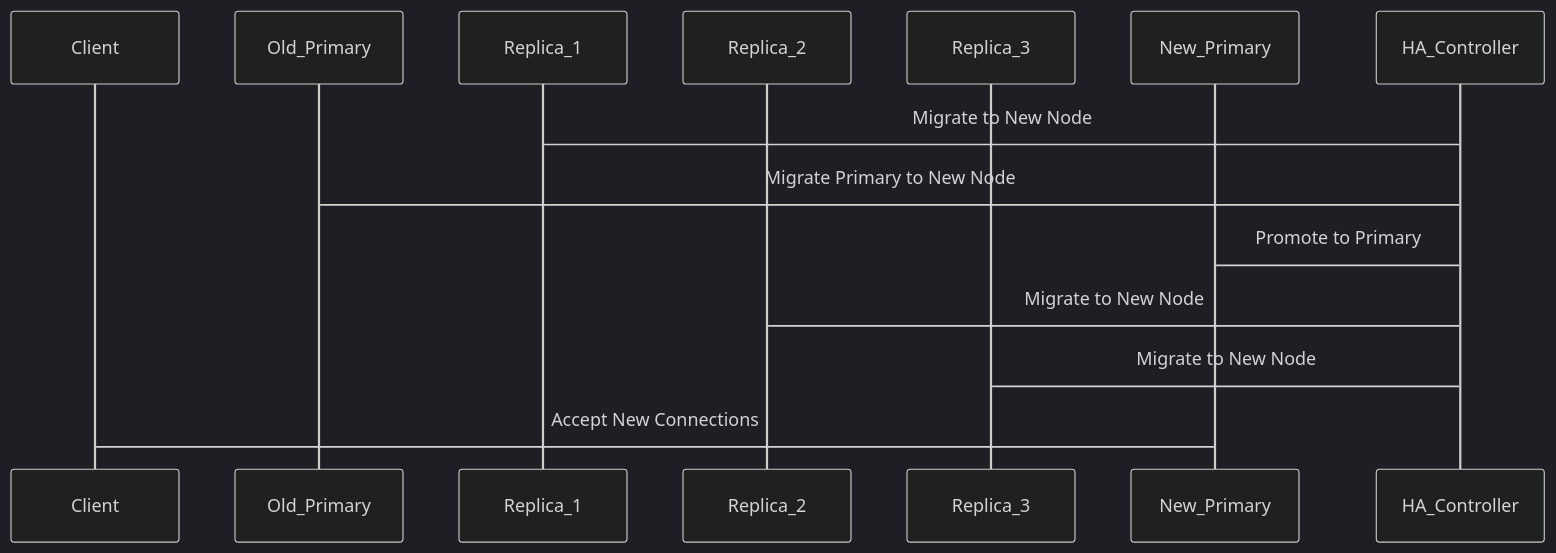
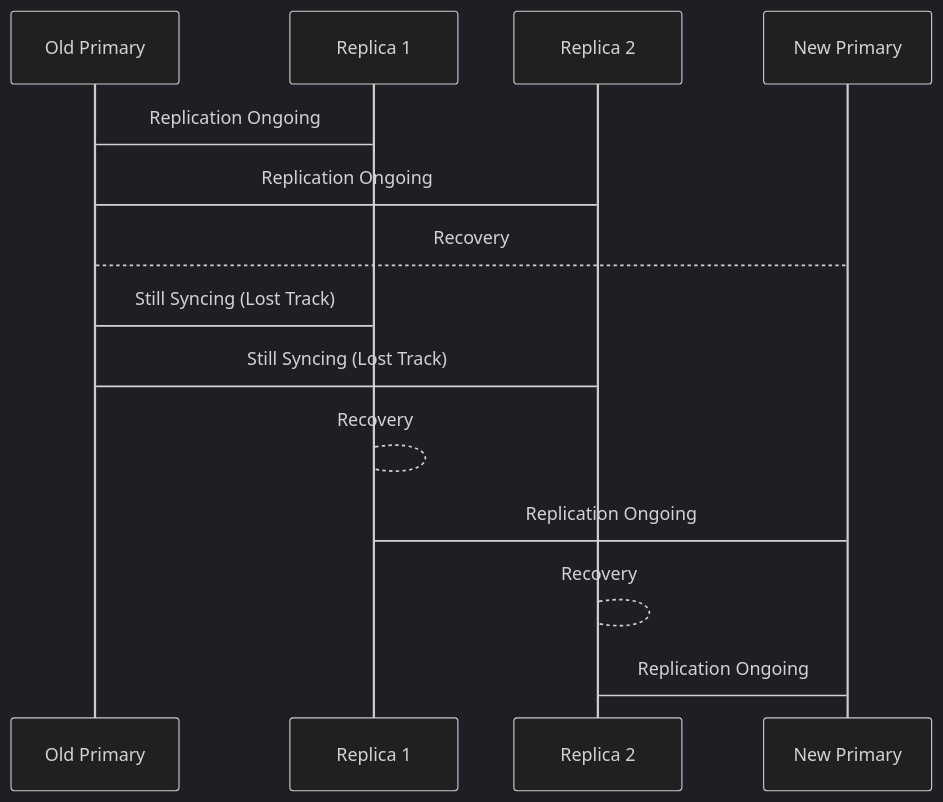
The fourth of 4 diagrams in StatefulWorkloads.md (pampatzoglou/articles), drawn with Mermaid (dark theme) before and after one commit. The commit also changed other lines of this file, not shown here.

````diff
--- a/StatefulWorkloads.md
+++ b/StatefulWorkloads.md
@@ -664,18 +653,18 @@
 ```mermaid
 sequenceDiagram
 
-Participant Client
-Participant Old_Primary
-Participant Replica_1
-Participant Replica_2
-Participant Replica_3
-Participant New_Primary
-Participant HA_Controller
+Participant Old Primary
+Participant Replica 1
+Participant Replica 2
+Participant New Primary
 
-HA_Controller -> Replica_1: Migrate to New Node
-HA_Controller -> Old_Primary: Migrate Primary to New Node
-HA_Controller -> New_Primary: Promote to Primary
-HA_Controller -> Replica_2: Migrate to New Node
-HA_Controller -> Replica_3: Migrate to New Node
-New_Primary -> Client: Accept New Connections
+Replica 1 -> Old Primary: Replication Ongoing
+Replica 2 -> Old Primary: Replication Ongoing
+Old Primary --> New Primary: Recovery
+Replica 1 -> Old Primary: Still Syncing (Lost Track)
+Replica 2 -> Old Primary: Still Syncing (Lost Track)
+Replica 1 --> Replica 1: Recovery
+Replica 1 -> New Primary: Replication Ongoing
+Replica 2 --> Replica 2: Recovery
+Replica 2 -> New Primary: Replication Ongoing
 ```
````
